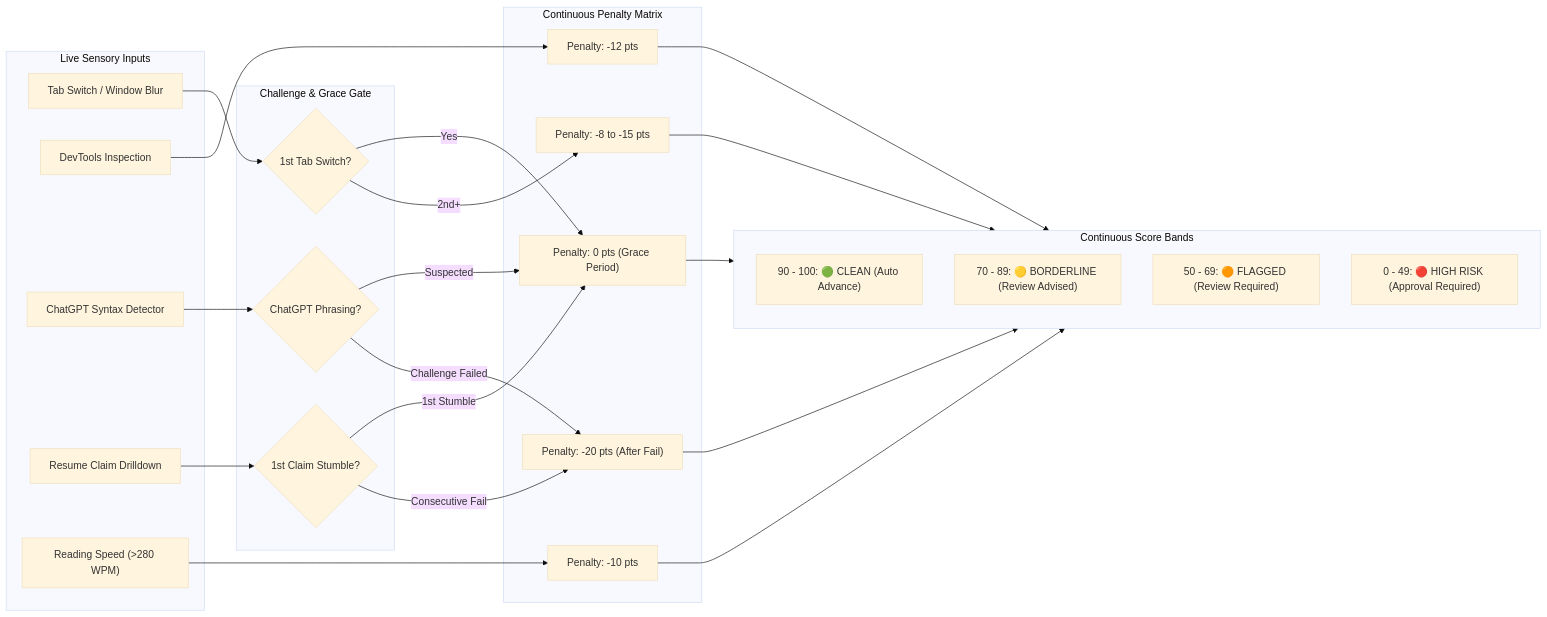
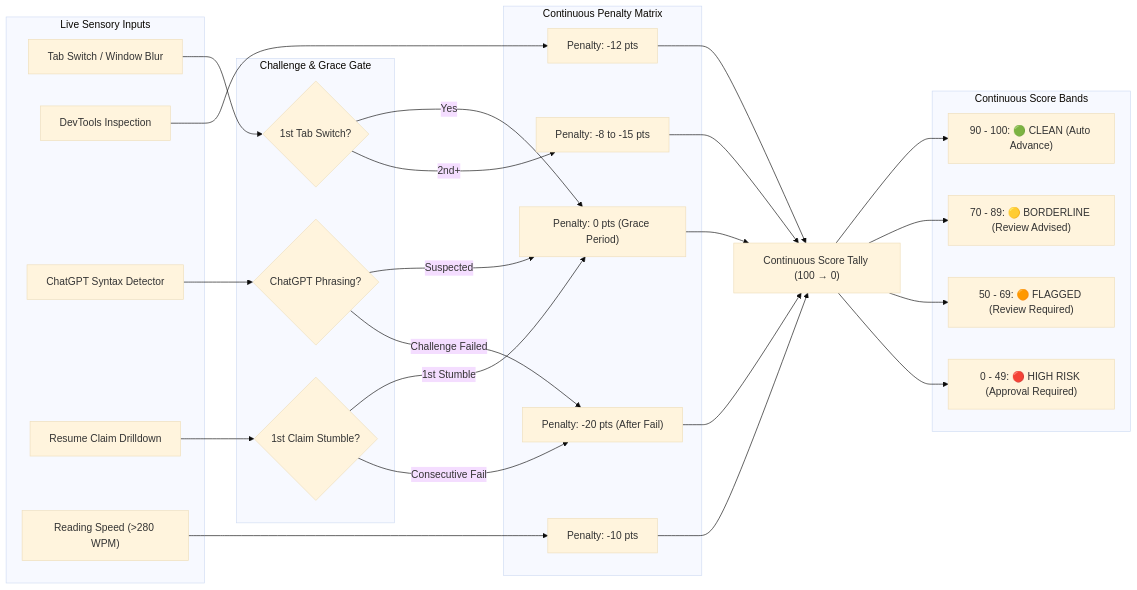
Before and after one commit to rgiri3334-wq/AI-Interview-Portal: the fourth of 4 diagrams in README.md, drawn with Mermaid (base theme). The commit also changed other lines of this file, not shown here.

Commit message:
fix(docs): resolve Mermaid syntax errors and convert state diagram to flowchart TD for GitHub rendering

````diff
--- a/README.md
+++ b/README.md
@@ -259,53 +257,53 @@
 ```mermaid
 flowchart LR
     subgraph Signals["Live Sensory Inputs"]
         T["Tab Switch / Window Blur"]
         D["DevTools Inspection"]
         GPT["ChatGPT Syntax Detector"]
         RC["Resume Claim Drilldown"]
         WPM["Reading Speed (>280 WPM)"]
     end
 
     subgraph GraceGate["Challenge & Grace Gate"]
         G1{"1st Tab Switch?"}
         G2{"ChatGPT Phrasing?"}
         G3{"1st Claim Stumble?"}
     end
 
     subgraph Deductions["Continuous Penalty Matrix"]
         P_None["Penalty: 0 pts (Grace Period)"]
         P_Tab["Penalty: -8 to -15 pts"]
         P_Dev["Penalty: -12 pts"]
         P_GPT["Penalty: -20 pts (After Fail)"]
         P_WPM["Penalty: -10 pts"]
     end
 
     subgraph VerdictBands["Continuous Score Bands"]
         Band1["90 - 100: 🟢 CLEAN (Auto Advance)"]
         Band2["70 - 89: 🟡 BORDERLINE (Review Advised)"]
         Band3["50 - 69: 🟠 FLAGGED (Review Required)"]
         Band4["0 - 49: 🔴 HIGH RISK (Approval Required)"]
     end
 
     T --> G1
     G1 -- Yes --> P_None
     G1 -- 2nd+ --> P_Tab
     
     D --> P_Dev
     
     GPT --> G2
     G2 -- Suspected --> P_None
     G2 -- Challenge Failed --> P_GPT
     
     RC --> G3
     G3 -- 1st Stumble --> P_None
     G3 -- Consecutive Fail --> P_GPT
 
     WPM --> P_WPM
 
-    P_None --> VerdictBands
-    P_Tab --> VerdictBands
-    P_Dev --> VerdictBands
-    P_GPT --> VerdictBands
-    P_WPM --> VerdictBands
+    P_None & P_Tab & P_Dev & P_GPT & P_WPM --> ScoreTally["Continuous Score Tally (100 → 0)"]
+    ScoreTally --> Band1
+    ScoreTally --> Band2
+    ScoreTally --> Band3
+    ScoreTally --> Band4
 ```
````
